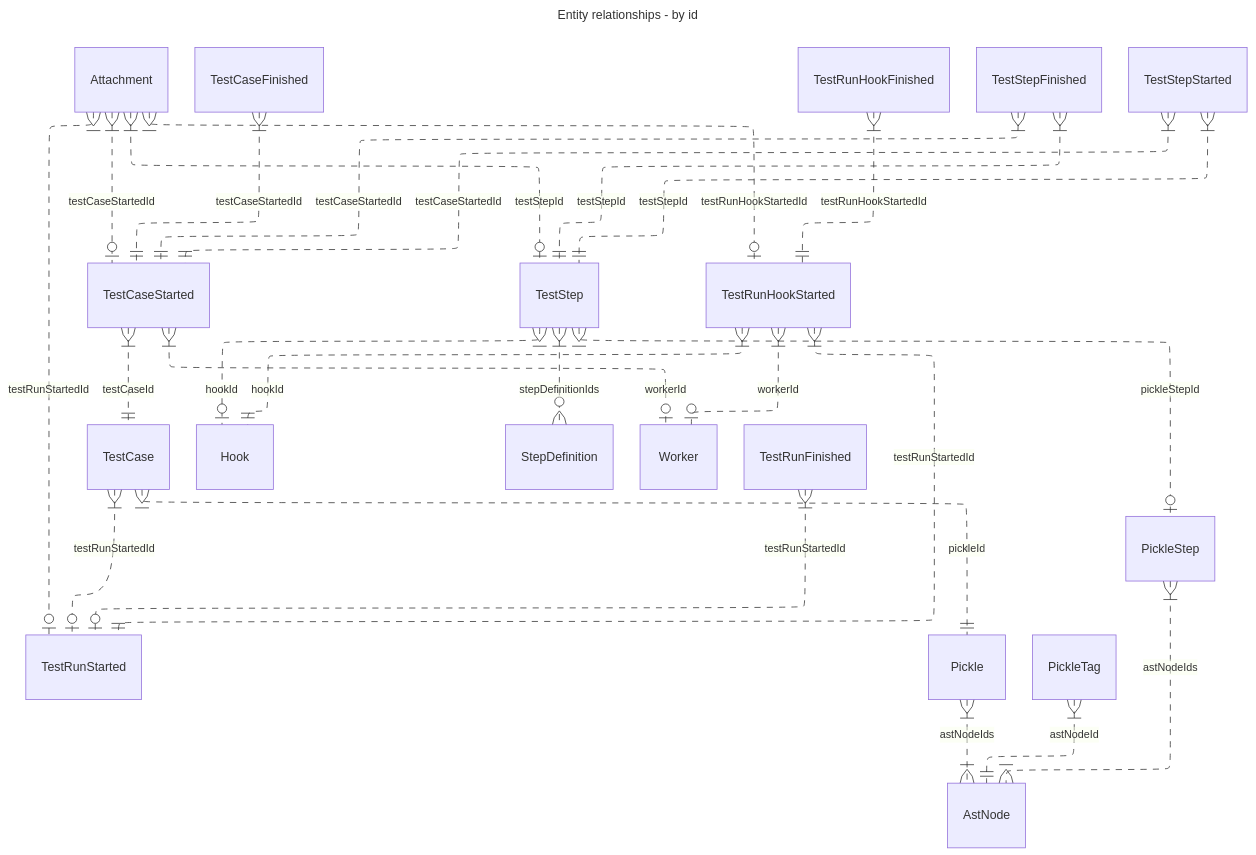
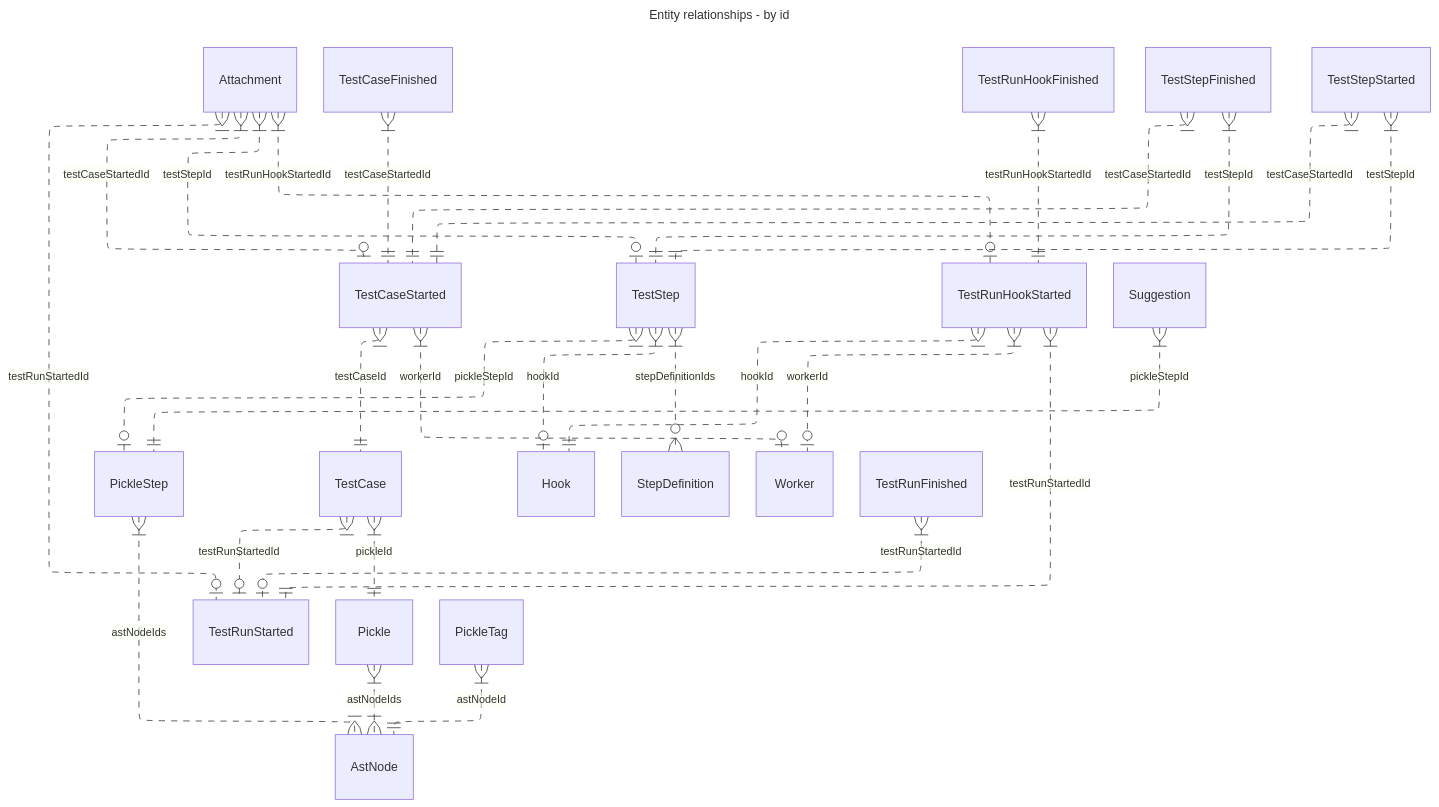
Before and after one commit to cucumber/messages: the first of 2 diagrams in jsonschema/relations.md, drawn with Mermaid. The commit also changed other lines of this file and 33 other files, not shown here.

````diff
--- a/jsonschema/relations.md
+++ b/jsonschema/relations.md
@@ -10,32 +10,33 @@
 ```mermaid
 ---
 title: Entity relationships  - by id
 config:
     layout: elk
 ---
 erDiagram
 Attachment }|..o| TestCaseStarted: testCaseStartedId
 Attachment }|..o| TestStep: testStepId
 Attachment }|..o| TestRunStarted: testRunStartedId
 Attachment }|..o| TestRunHookStarted: testRunHookStartedId
 Pickle }|..|{ AstNode: astNodeIds
 PickleStep }|..|{ AstNode: astNodeIds
 PickleTag }|..|| AstNode: astNodeId
+Suggestion }|..|| PickleStep: pickleStepId
 TestCase }|..|| Pickle: pickleId
 TestCase }|..o| TestRunStarted: testRunStartedId
 TestStep }|..o| Hook: hookId
 TestStep }|..o| PickleStep: pickleStepId
 TestStep }|..o{ StepDefinition: stepDefinitionIds
 TestCaseFinished }|..|| TestCaseStarted: testCaseStartedId
 TestCaseStarted }|..|| TestCase: testCaseId
 TestCaseStarted }|..o| Worker: workerId
 TestRunFinished }|..o| TestRunStarted: testRunStartedId
 TestRunHookFinished }|..|| TestRunHookStarted: testRunHookStartedId
 TestRunHookStarted }|..|| TestRunStarted: testRunStartedId
 TestRunHookStarted }|..|| Hook: hookId
 TestRunHookStarted }|..o| Worker: workerId
 TestStepFinished }|..|| TestCaseStarted: testCaseStartedId
 TestStepFinished }|..|| TestStep: testStepId
 TestStepStarted }|..|| TestCaseStarted: testCaseStartedId
 TestStepStarted }|..|| TestStep: testStepId
 ```
````
